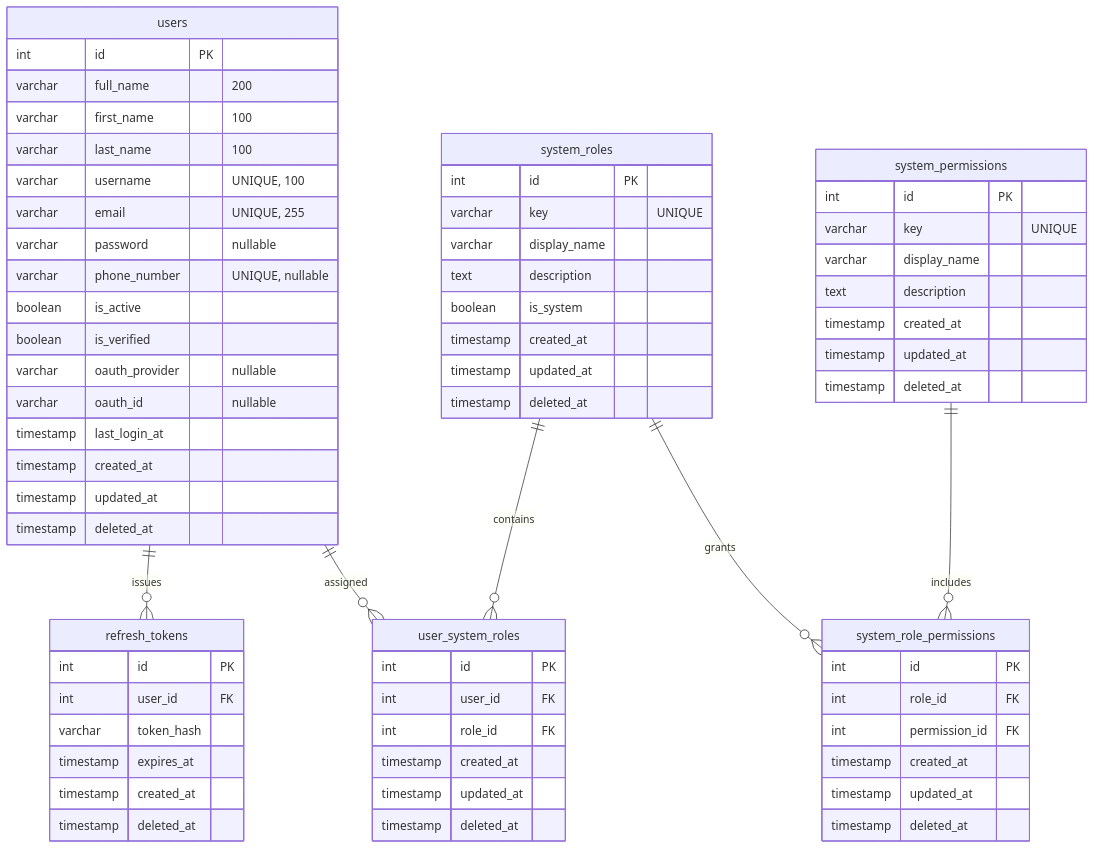
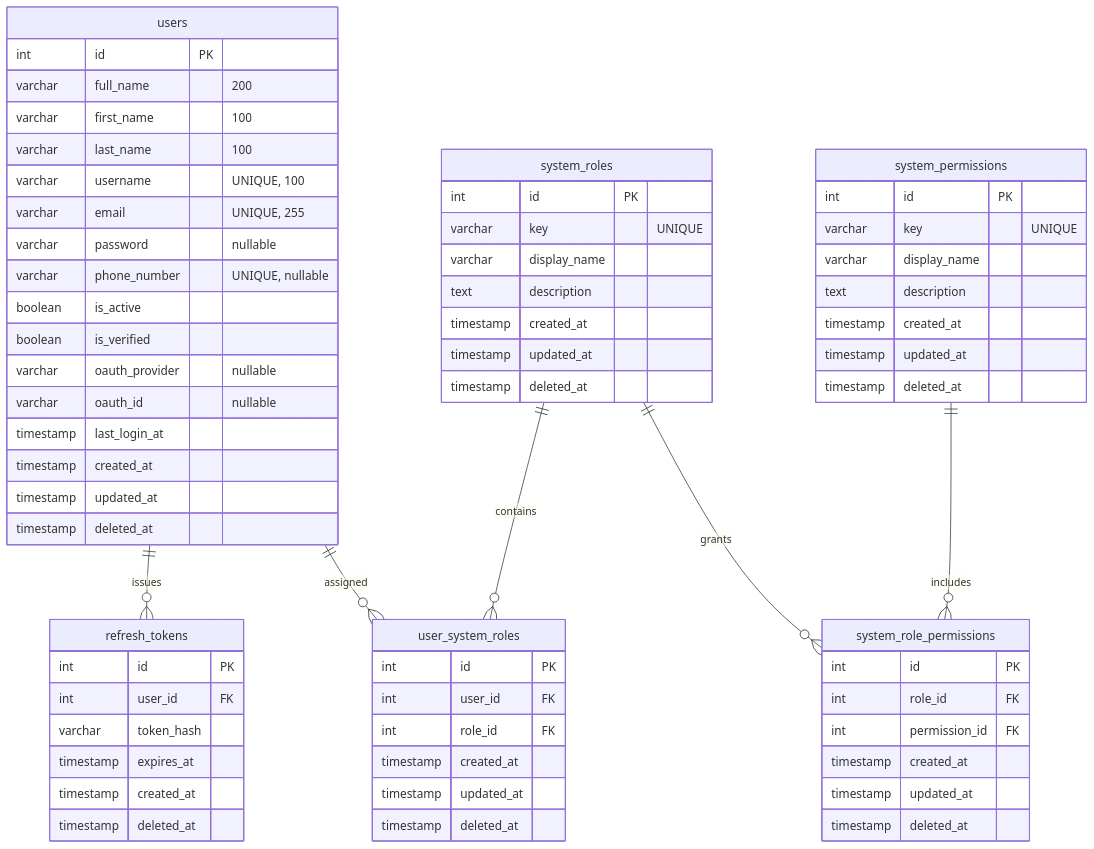
Before and after one commit to sharma-dikshant/TestFlow-Docs: the first of 6 diagrams in docs/erd-organisation.md, drawn with Mermaid. The commit also changed other lines of this file, not shown here.

````diff
--- a/docs/erd-organisation.md
+++ b/docs/erd-organisation.md
@@ -16,77 +16,76 @@
 ```mermaid
 erDiagram
 
     users {
         int id PK
         varchar full_name "200"
         varchar first_name "100"
         varchar last_name "100"
         varchar username "UNIQUE, 100"
         varchar email "UNIQUE, 255"
         varchar password "nullable"
         varchar phone_number "UNIQUE, nullable"
         boolean is_active
         boolean is_verified
         varchar oauth_provider "nullable"
         varchar oauth_id "nullable"
         timestamp last_login_at
         timestamp created_at
         timestamp updated_at
         timestamp deleted_at
     }
 
     refresh_tokens {
         int id PK
         int user_id FK
         varchar token_hash
         timestamp expires_at
         timestamp created_at
         timestamp deleted_at
     }
 
     system_roles {
         int id PK
         varchar key "UNIQUE"
         varchar display_name
         text description
-        boolean is_system
         timestamp created_at
         timestamp updated_at
         timestamp deleted_at
     }
 
     system_permissions {
         int id PK
         varchar key "UNIQUE"
         varchar display_name
         text description
         timestamp created_at
         timestamp updated_at
         timestamp deleted_at
     }
 
     system_role_permissions {
         int id PK
         int role_id FK
         int permission_id FK
         timestamp created_at
         timestamp updated_at
         timestamp deleted_at
     }
 
     user_system_roles {
         int id PK
         int user_id FK
         int role_id FK
         timestamp created_at
         timestamp updated_at
         timestamp deleted_at
     }
 
     users ||--o{ refresh_tokens : issues
     users ||--o{ user_system_roles : assigned
     system_roles ||--o{ user_system_roles : contains
     system_roles ||--o{ system_role_permissions : grants
     system_permissions ||--o{ system_role_permissions : includes
 
 ```
````
